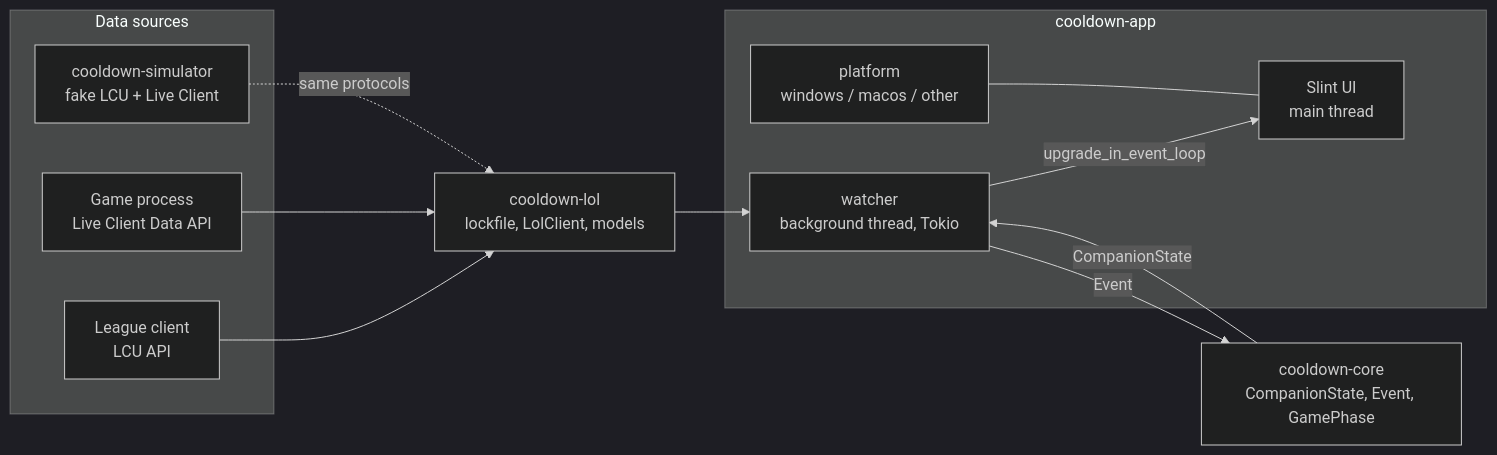
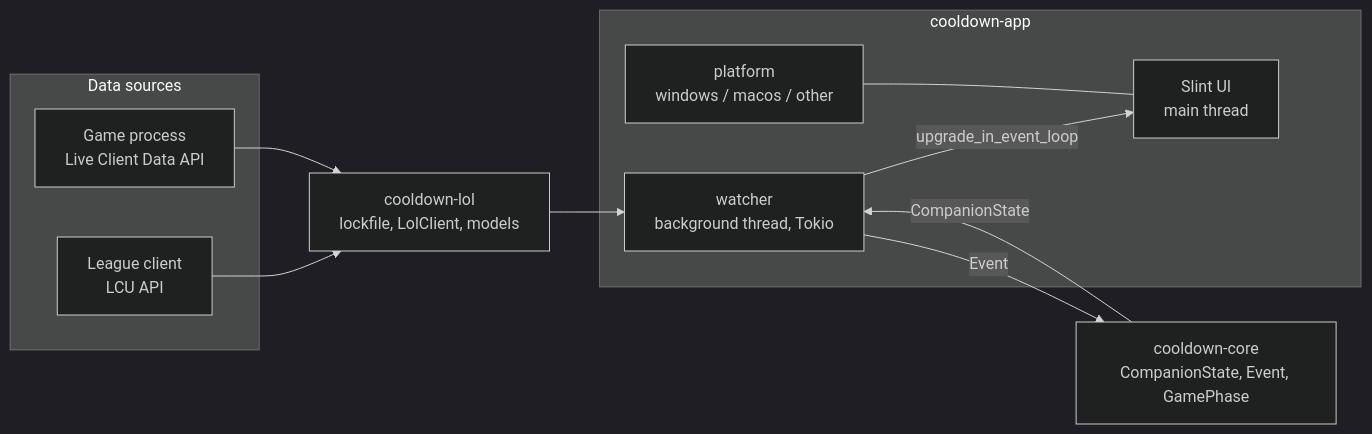
One commit to fgirardey/gymdiff changed the diagram in docs/Architecture/Overview.md. Above: the diagram before and after it, drawn with Mermaid (dark theme). The commit also changed other lines of this file and 55 other files, not shown here.

First line of the commit message:
chore: remove the simulator and the recorder, develop against the League client

````diff
--- a/docs/Architecture/Overview.md
+++ b/docs/Architecture/Overview.md
@@ -5,26 +5,24 @@
 ```mermaid
 flowchart LR
     subgraph sources[Data sources]
         LCU[League client<br/>LCU API]
         LIVE[Game process<br/>Live Client Data API]
-        SIM[cooldown-simulator<br/>fake LCU + Live Client]
     end
 
     subgraph app[cooldown-app]
         W[watcher<br/>background thread, Tokio]
         UI[Slint UI<br/>main thread]
         P[platform<br/>windows / macos / other]
     end
 
     LOL[cooldown-lol<br/>lockfile, LolClient, models]
     CORE[cooldown-core<br/>CompanionState, Event, GamePhase]
 
     LCU --> LOL
     LIVE --> LOL
-    SIM -. same protocols .-> LOL
     LOL --> W
     W -- Event --> CORE
     CORE -- CompanionState --> W
     W -- upgrade_in_event_loop --> UI
     P --- UI
 ```
````
